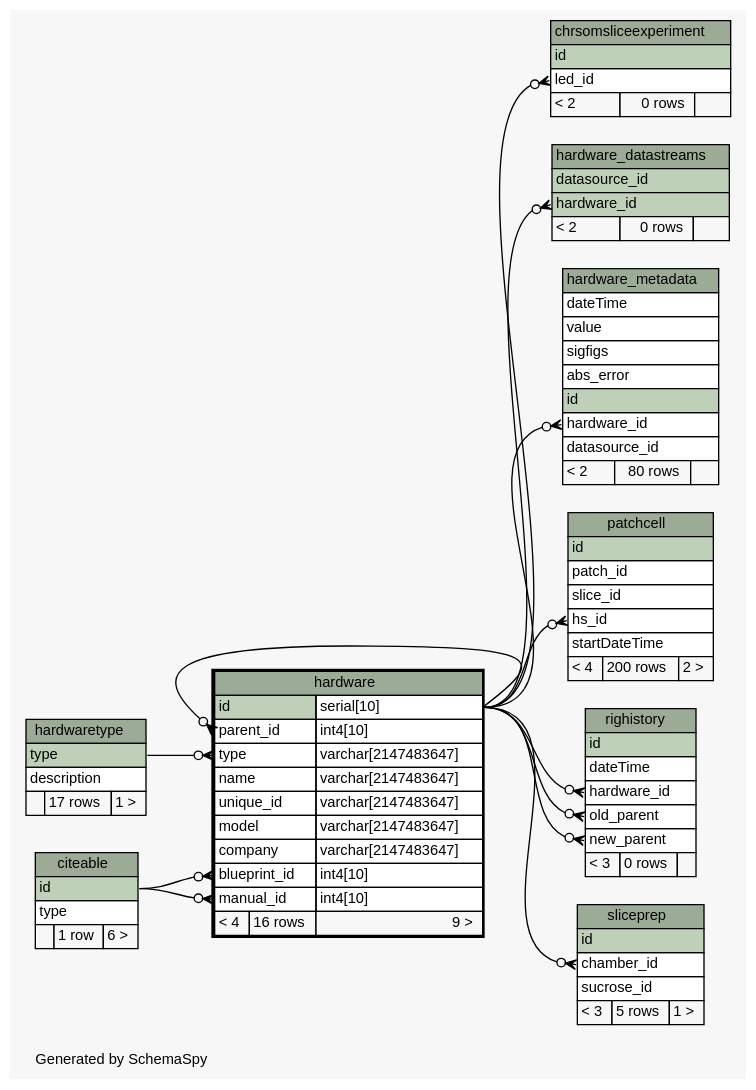
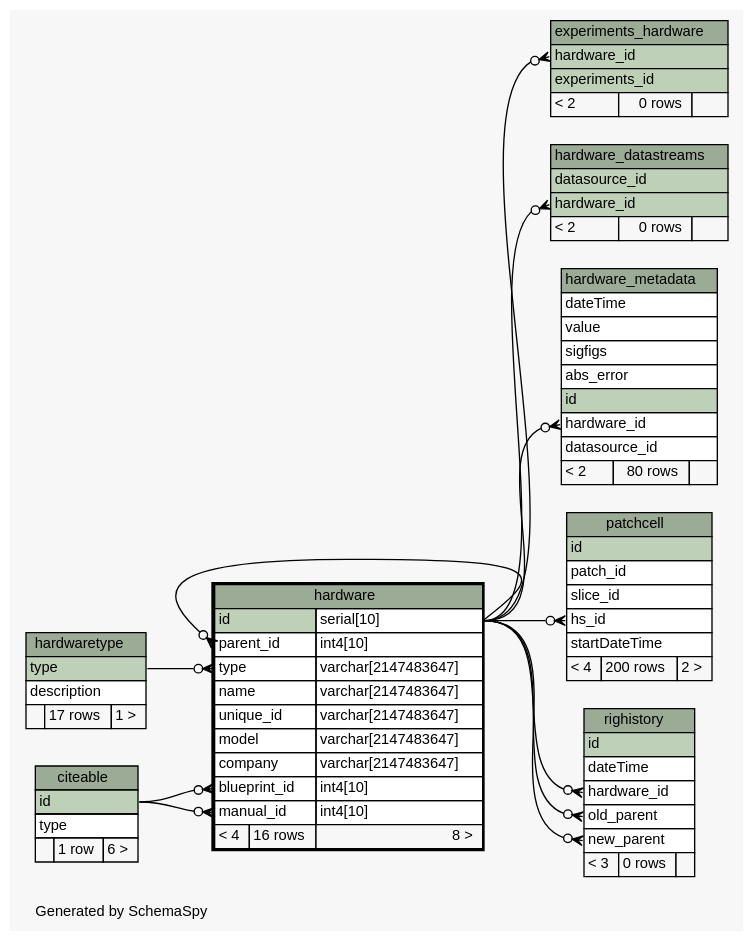
Before and after one commit to tgbugs/mlab: the diagram in database/ss/diagrams/hardware.1degree.dot, drawn with Graphviz. The commit also changed 215 other files, not shown here.

```diff
--- a/database/ss/diagrams/hardware.1degree.dot
+++ b/database/ss/diagrams/hardware.1degree.dot
@@ -1,152 +1,139 @@
 // dot 2.32.0 on Windows 7 6.1
 // SchemaSpy rev 590
 digraph "oneDegreeRelationshipsDiagram" {
   graph [
     rankdir="RL"
     bgcolor="#f7f7f7"
     label="\nGenerated by SchemaSpy"
     labeljust="l"
     nodesep="0.18"
     ranksep="0.46"
     fontname="Helvetica"
     fontsize="11"
   ];
   node [
     fontname="Helvetica"
     fontsize="11"
     shape="plaintext"
   ];
   edge [
     arrowsize="0.8"
   ];
-  "chrsomsliceexperiment":"led_id":w -> "hardware":"id.type":e [arrowhead=none dir=back arrowtail=crowodot];
+  "experiments_hardware":"hardware_id":w -> "hardware":"id.type":e [arrowhead=none dir=back arrowtail=crowodot];
   "hardware":"blueprint_id":w -> "citeable":"id":e [arrowhead=none dir=back arrowtail=crowodot];
   "hardware":"manual_id":w -> "citeable":"id":e [arrowhead=none dir=back arrowtail=crowodot];
   "hardware":"parent_id":w -> "hardware":"id.type":e [arrowhead=none dir=back arrowtail=crowodot];
   "hardware":"type":w -> "hardwaretype":"type":e [arrowhead=none dir=back arrowtail=crowodot];
   "hardware_datastreams":"hardware_id":w -> "hardware":"id.type":e [arrowhead=none dir=back arrowtail=crowodot];
   "hardware_metadata":"hardware_id":w -> "hardware":"id.type":e [arrowhead=none dir=back arrowtail=crowodot];
   "patchcell":"hs_id":w -> "hardware":"id.type":e [arrowhead=none dir=back arrowtail=crowodot];
   "righistory":"hardware_id":w -> "hardware":"id.type":e [arrowhead=none dir=back arrowtail=crowodot];
   "righistory":"new_parent":w -> "hardware":"id.type":e [arrowhead=none dir=back arrowtail=crowodot];
   "righistory":"old_parent":w -> "hardware":"id.type":e [arrowhead=none dir=back arrowtail=crowodot];
-  "sliceprep":"chamber_id":w -> "hardware":"id.type":e [arrowhead=none dir=back arrowtail=crowodot];
-  "chrsomsliceexperiment" [
-    label=<
-    <TABLE BORDER="0" CELLBORDER="1" CELLSPACING="0" BGCOLOR="#ffffff">
-      <TR><TD COLSPAN="3" BGCOLOR="#9bab96" ALIGN="CENTER">chrsomsliceexperiment</TD></TR>
-      <TR><TD PORT="id" COLSPAN="3" BGCOLOR="#bed1b8" ALIGN="LEFT">id</TD></TR>
-      <TR><TD PORT="led_id" COLSPAN="3" ALIGN="LEFT">led_id</TD></TR>
-      <TR><TD ALIGN="LEFT" BGCOLOR="#f7f7f7">&lt; 2</TD><TD ALIGN="RIGHT" BGCOLOR="#f7f7f7">0 rows</TD><TD ALIGN="RIGHT" BGCOLOR="#f7f7f7">  </TD></TR>
-    </TABLE>>
-    URL="chrsomsliceexperiment.html"
-    tooltip="chrsomsliceexperiment"
-  ];
   "citeable" [
     label=<
     <TABLE BORDER="0" CELLBORDER="1" CELLSPACING="0" BGCOLOR="#ffffff">
       <TR><TD COLSPAN="3" BGCOLOR="#9bab96" ALIGN="CENTER">citeable</TD></TR>
       <TR><TD PORT="id" COLSPAN="3" BGCOLOR="#bed1b8" ALIGN="LEFT">id</TD></TR>
       <TR><TD PORT="type" COLSPAN="3" ALIGN="LEFT">type</TD></TR>
       <TR><TD ALIGN="LEFT" BGCOLOR="#f7f7f7">  </TD><TD ALIGN="RIGHT" BGCOLOR="#f7f7f7">1 row</TD><TD ALIGN="RIGHT" BGCOLOR="#f7f7f7">6 &gt;</TD></TR>
     </TABLE>>
     URL="citeable.html"
     tooltip="citeable"
+  ];
+  "experiments_hardware" [
+    label=<
+    <TABLE BORDER="0" CELLBORDER="1" CELLSPACING="0" BGCOLOR="#ffffff">
+      <TR><TD COLSPAN="3" BGCOLOR="#9bab96" ALIGN="CENTER">experiments_hardware</TD></TR>
+      <TR><TD PORT="hardware_id" COLSPAN="3" BGCOLOR="#bed1b8" ALIGN="LEFT">hardware_id</TD></TR>
+      <TR><TD PORT="experiments_id" COLSPAN="3" BGCOLOR="#bed1b8" ALIGN="LEFT">experiments_id</TD></TR>
+      <TR><TD ALIGN="LEFT" BGCOLOR="#f7f7f7">&lt; 2</TD><TD ALIGN="RIGHT" BGCOLOR="#f7f7f7">0 rows</TD><TD ALIGN="RIGHT" BGCOLOR="#f7f7f7">  </TD></TR>
+    </TABLE>>
+    URL="experiments_hardware.html"
+    tooltip="experiments_hardware"
   ];
   "hardware" [
     label=<
     <TABLE BORDER="2" CELLBORDER="1" CELLSPACING="0" BGCOLOR="#ffffff">
       <TR><TD COLSPAN="3" BGCOLOR="#9bab96" ALIGN="CENTER">hardware</TD></TR>
       <TR><TD PORT="id" COLSPAN="2" BGCOLOR="#bed1b8" ALIGN="LEFT">id</TD><TD PORT="id.type" ALIGN="LEFT">serial[10]</TD></TR>
       <TR><TD PORT="parent_id" COLSPAN="2" ALIGN="LEFT">parent_id</TD><TD PORT="parent_id.type" ALIGN="LEFT">int4[10]</TD></TR>
       <TR><TD PORT="type" COLSPAN="2" ALIGN="LEFT">type</TD><TD PORT="type.type" ALIGN="LEFT">varchar[2147483647]</TD></TR>
       <TR><TD PORT="name" COLSPAN="2" ALIGN="LEFT">name</TD><TD PORT="name.type" ALIGN="LEFT">varchar[2147483647]</TD></TR>
       <TR><TD PORT="unique_id" COLSPAN="2" ALIGN="LEFT">unique_id</TD><TD PORT="unique_id.type" ALIGN="LEFT">varchar[2147483647]</TD></TR>
       <TR><TD PORT="model" COLSPAN="2" ALIGN="LEFT">model</TD><TD PORT="model.type" ALIGN="LEFT">varchar[2147483647]</TD></TR>
       <TR><TD PORT="company" COLSPAN="2" ALIGN="LEFT">company</TD><TD PORT="company.type" ALIGN="LEFT">varchar[2147483647]</TD></TR>
       <TR><TD PORT="blueprint_id" COLSPAN="2" ALIGN="LEFT">blueprint_id</TD><TD PORT="blueprint_id.type" ALIGN="LEFT">int4[10]</TD></TR>
       <TR><TD PORT="manual_id" COLSPAN="2" ALIGN="LEFT">manual_id</TD><TD PORT="manual_id.type" ALIGN="LEFT">int4[10]</TD></TR>
-      <TR><TD ALIGN="LEFT" BGCOLOR="#f7f7f7">&lt; 4</TD><TD ALIGN="RIGHT" BGCOLOR="#f7f7f7">16 rows</TD><TD ALIGN="RIGHT" BGCOLOR="#f7f7f7">9 &gt;</TD></TR>
+      <TR><TD ALIGN="LEFT" BGCOLOR="#f7f7f7">&lt; 4</TD><TD ALIGN="RIGHT" BGCOLOR="#f7f7f7">16 rows</TD><TD ALIGN="RIGHT" BGCOLOR="#f7f7f7">8 &gt;</TD></TR>
     </TABLE>>
     URL="hardware.html"
     tooltip="hardware"
   ];
   "hardware_datastreams" [
     label=<
     <TABLE BORDER="0" CELLBORDER="1" CELLSPACING="0" BGCOLOR="#ffffff">
       <TR><TD COLSPAN="3" BGCOLOR="#9bab96" ALIGN="CENTER">hardware_datastreams</TD></TR>
       <TR><TD PORT="datasource_id" COLSPAN="3" BGCOLOR="#bed1b8" ALIGN="LEFT">datasource_id</TD></TR>
       <TR><TD PORT="hardware_id" COLSPAN="3" BGCOLOR="#bed1b8" ALIGN="LEFT">hardware_id</TD></TR>
       <TR><TD ALIGN="LEFT" BGCOLOR="#f7f7f7">&lt; 2</TD><TD ALIGN="RIGHT" BGCOLOR="#f7f7f7">0 rows</TD><TD ALIGN="RIGHT" BGCOLOR="#f7f7f7">  </TD></TR>
     </TABLE>>
     URL="hardware_datastreams.html"
     tooltip="hardware_datastreams"
   ];
   "hardware_metadata" [
     label=<
     <TABLE BORDER="0" CELLBORDER="1" CELLSPACING="0" BGCOLOR="#ffffff">
       <TR><TD COLSPAN="3" BGCOLOR="#9bab96" ALIGN="CENTER">hardware_metadata</TD></TR>
       <TR><TD PORT="dateTime" COLSPAN="3" ALIGN="LEFT">dateTime</TD></TR>
       <TR><TD PORT="value" COLSPAN="3" ALIGN="LEFT">value</TD></TR>
       <TR><TD PORT="sigfigs" COLSPAN="3" ALIGN="LEFT">sigfigs</TD></TR>
       <TR><TD PORT="abs_error" COLSPAN="3" ALIGN="LEFT">abs_error</TD></TR>
       <TR><TD PORT="id" COLSPAN="3" BGCOLOR="#bed1b8" ALIGN="LEFT">id</TD></TR>
       <TR><TD PORT="hardware_id" COLSPAN="3" ALIGN="LEFT">hardware_id</TD></TR>
       <TR><TD PORT="datasource_id" COLSPAN="3" ALIGN="LEFT">datasource_id</TD></TR>
       <TR><TD ALIGN="LEFT" BGCOLOR="#f7f7f7">&lt; 2</TD><TD ALIGN="RIGHT" BGCOLOR="#f7f7f7">80 rows</TD><TD ALIGN="RIGHT" BGCOLOR="#f7f7f7">  </TD></TR>
     </TABLE>>
     URL="hardware_metadata.html"
     tooltip="hardware_metadata"
   ];
   "hardwaretype" [
     label=<
     <TABLE BORDER="0" CELLBORDER="1" CELLSPACING="0" BGCOLOR="#ffffff">
       <TR><TD COLSPAN="3" BGCOLOR="#9bab96" ALIGN="CENTER">hardwaretype</TD></TR>
       <TR><TD PORT="type" COLSPAN="3" BGCOLOR="#bed1b8" ALIGN="LEFT">type</TD></TR>
       <TR><TD PORT="description" COLSPAN="3" ALIGN="LEFT">description</TD></TR>
       <TR><TD ALIGN="LEFT" BGCOLOR="#f7f7f7">  </TD><TD ALIGN="RIGHT" BGCOLOR="#f7f7f7">17 rows</TD><TD ALIGN="RIGHT" BGCOLOR="#f7f7f7">1 &gt;</TD></TR>
     </TABLE>>
     URL="hardwaretype.html"
     tooltip="hardwaretype"
   ];
   "patchcell" [
     label=<
     <TABLE BORDER="0" CELLBORDER="1" CELLSPACING="0" BGCOLOR="#ffffff">
       <TR><TD COLSPAN="3" BGCOLOR="#9bab96" ALIGN="CENTER">patchcell</TD></TR>
       <TR><TD PORT="id" COLSPAN="3" BGCOLOR="#bed1b8" ALIGN="LEFT">id</TD></TR>
       <TR><TD PORT="patch_id" COLSPAN="3" ALIGN="LEFT">patch_id</TD></TR>
       <TR><TD PORT="slice_id" COLSPAN="3" ALIGN="LEFT">slice_id</TD></TR>
       <TR><TD PORT="hs_id" COLSPAN="3" ALIGN="LEFT">hs_id</TD></TR>
       <TR><TD PORT="startDateTime" COLSPAN="3" ALIGN="LEFT">startDateTime</TD></TR>
       <TR><TD ALIGN="LEFT" BGCOLOR="#f7f7f7">&lt; 4</TD><TD ALIGN="RIGHT" BGCOLOR="#f7f7f7">200 rows</TD><TD ALIGN="RIGHT" BGCOLOR="#f7f7f7">2 &gt;</TD></TR>
     </TABLE>>
     URL="patchcell.html"
     tooltip="patchcell"
   ];
   "righistory" [
     label=<
     <TABLE BORDER="0" CELLBORDER="1" CELLSPACING="0" BGCOLOR="#ffffff">
       <TR><TD COLSPAN="3" BGCOLOR="#9bab96" ALIGN="CENTER">righistory</TD></TR>
       <TR><TD PORT="id" COLSPAN="3" BGCOLOR="#bed1b8" ALIGN="LEFT">id</TD></TR>
       <TR><TD PORT="dateTime" COLSPAN="3" ALIGN="LEFT">dateTime</TD></TR>
       <TR><TD PORT="hardware_id" COLSPAN="3" ALIGN="LEFT">hardware_id</TD></TR>
       <TR><TD PORT="old_parent" COLSPAN="3" ALIGN="LEFT">old_parent</TD></TR>
       <TR><TD PORT="new_parent" COLSPAN="3" ALIGN="LEFT">new_parent</TD></TR>
       <TR><TD ALIGN="LEFT" BGCOLOR="#f7f7f7">&lt; 3</TD><TD ALIGN="RIGHT" BGCOLOR="#f7f7f7">0 rows</TD><TD ALIGN="RIGHT" BGCOLOR="#f7f7f7">  </TD></TR>
     </TABLE>>
     URL="righistory.html"
     tooltip="righistory"
   ];
-  "sliceprep" [
-    label=<
-    <TABLE BORDER="0" CELLBORDER="1" CELLSPACING="0" BGCOLOR="#ffffff">
-      <TR><TD COLSPAN="3" BGCOLOR="#9bab96" ALIGN="CENTER">sliceprep</TD></TR>
-      <TR><TD PORT="id" COLSPAN="3" BGCOLOR="#bed1b8" ALIGN="LEFT">id</TD></TR>
-      <TR><TD PORT="chamber_id" COLSPAN="3" ALIGN="LEFT">chamber_id</TD></TR>
-      <TR><TD PORT="sucrose_id" COLSPAN="3" ALIGN="LEFT">sucrose_id</TD></TR>
-      <TR><TD ALIGN="LEFT" BGCOLOR="#f7f7f7">&lt; 3</TD><TD ALIGN="RIGHT" BGCOLOR="#f7f7f7">5 rows</TD><TD ALIGN="RIGHT" BGCOLOR="#f7f7f7">1 &gt;</TD></TR>
-    </TABLE>>
-    URL="sliceprep.html"
-    tooltip="sliceprep"
-  ];
 }
```
